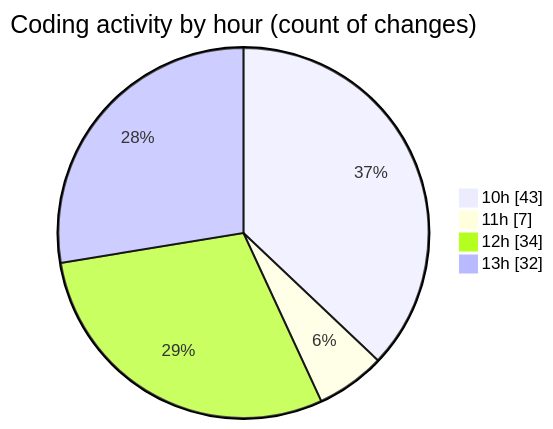
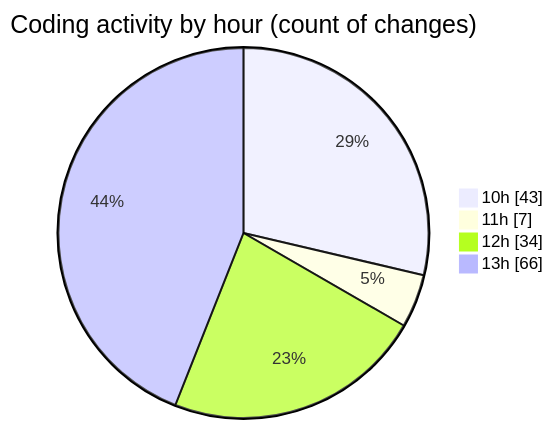
Before and after one commit to momahboobian/code-tracking: the second of 2 diagrams in 2025-10-29/cda/README.md, drawn with Mermaid. The commit also changed other lines of this file and 1 other file, not shown here.

````diff
--- a/2025-10-29/cda/README.md
+++ b/2025-10-29/cda/README.md
@@ -52,8 +52,8 @@
 ```mermaid
 pie showData
 title Coding activity by hour (count of changes)
 "10h" : 43
 "11h" : 7
 "12h" : 34
-"13h" : 32
+"13h" : 66
 ```
````
